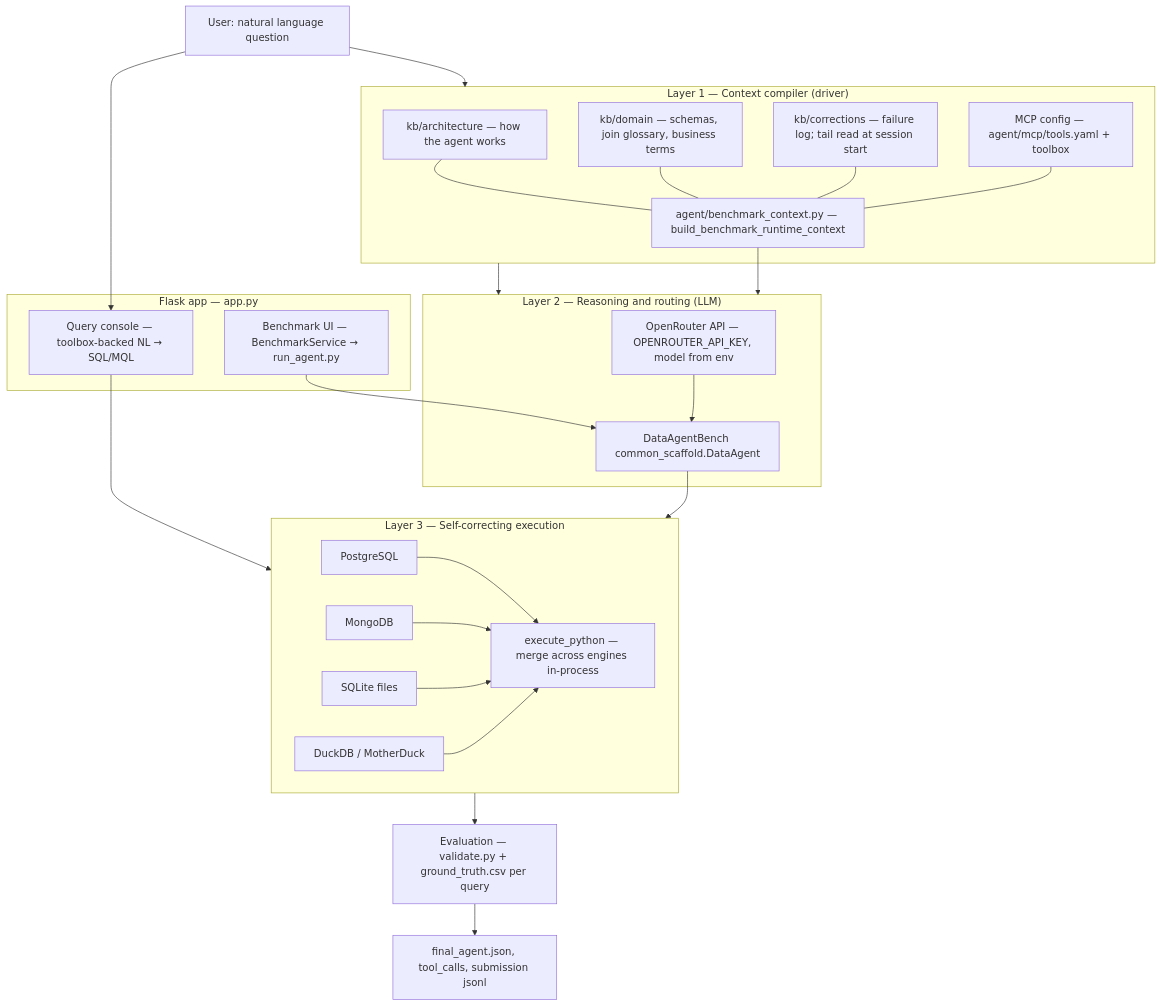
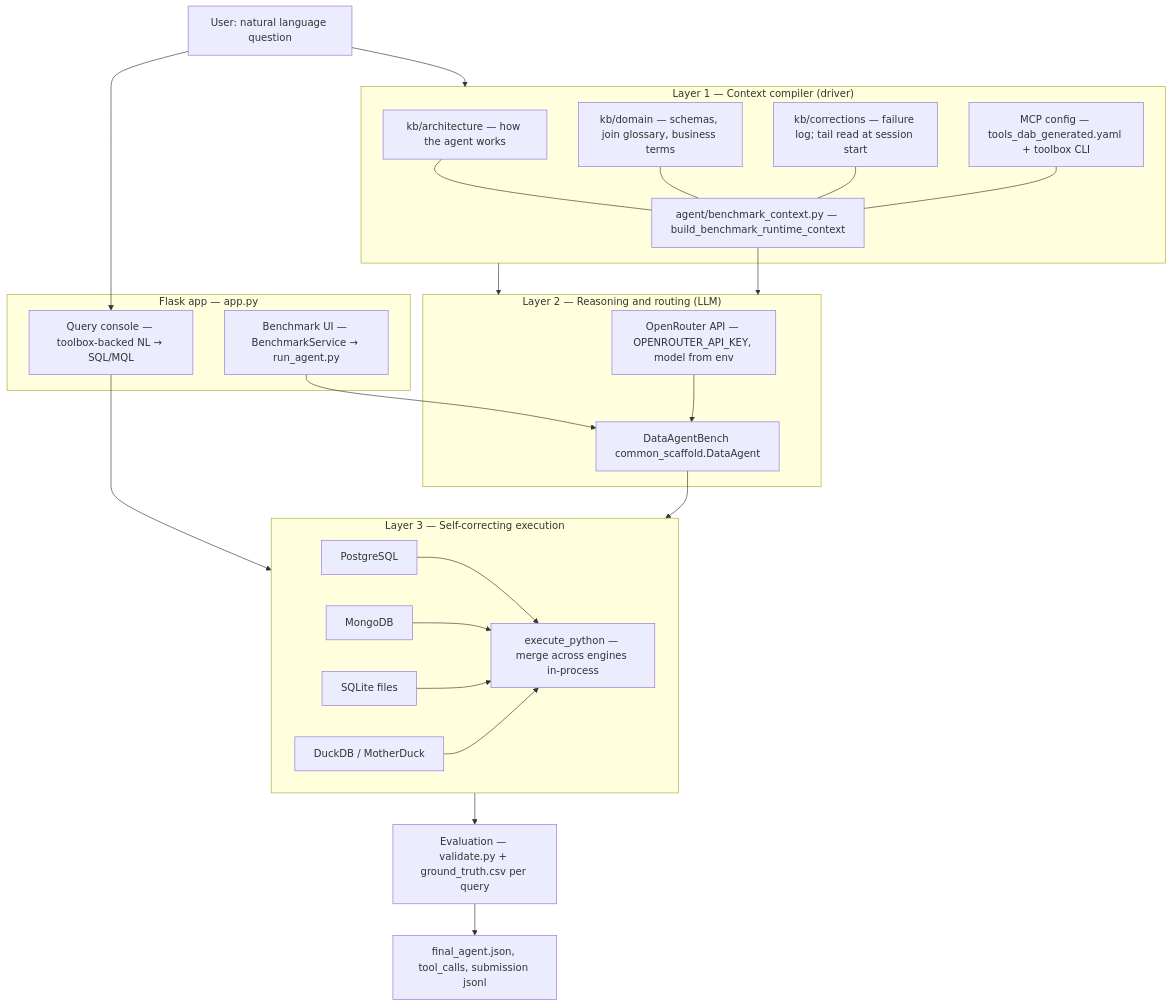
The second of 2 diagrams in README.md (Hiwot-Beyene/oracle-forge-data-agent), drawn with Mermaid before and after one commit. The commit also changed other lines of this file and 2 other files, not shown here.

````diff
--- a/README.md
+++ b/README.md
@@ -33,48 +75,48 @@
 ```mermaid
 flowchart TB
     subgraph L1["Layer 1 — Context compiler (driver)"]
         KBv1["kb/architecture — how the agent works"]
         KBv2["kb/domain — schemas, join glossary, business terms"]
         KBv3["kb/corrections — failure log; tail read at session start"]
         BC["agent/benchmark_context.py — build_benchmark_runtime_context"]
-        MCP["MCP config — agent/mcp/tools.yaml + toolbox"]
+        MCP["MCP config — tools_dab_generated.yaml + toolbox CLI"]
         KBv1 --- BC
         KBv2 --- BC
         KBv3 --- BC
         MCP --- BC
     end
 
     subgraph L2["Layer 2 — Reasoning and routing (LLM)"]
         OR["OpenRouter API — OPENROUTER_API_KEY, model from env"]
         DA["DataAgentBench common_scaffold.DataAgent"]
         OR --> DA
     end
 
     subgraph L3["Layer 3 — Self-correcting execution"]
         PG["PostgreSQL"]
         MG["MongoDB"]
         SQ["SQLite files"]
         DK["DuckDB / MotherDuck"]
         PY["execute_python — merge across engines in-process"]
         PG --> PY
         MG --> PY
         SQ --> PY
         DK --> PY
     end
 
     subgraph UI["Flask app — app.py"]
         CON["Query console — toolbox-backed NL → SQL/MQL"]
         BEN["Benchmark UI — BenchmarkService → run_agent.py"]
     end
 
     Q["User: natural language question"] --> L1
     BC --> L2
     L1 --> L2
     DA --> L3
     L3 --> EVAL["Evaluation — validate.py + ground_truth.csv per query"]
     EVAL --> OUT["final_agent.json, tool_calls, submission jsonl"]
 
     Q --> CON
     CON --> L3
     BEN --> DA
 ```
````
